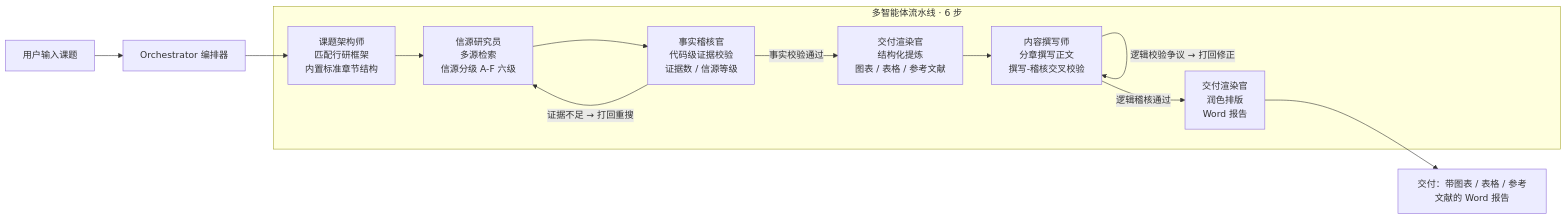
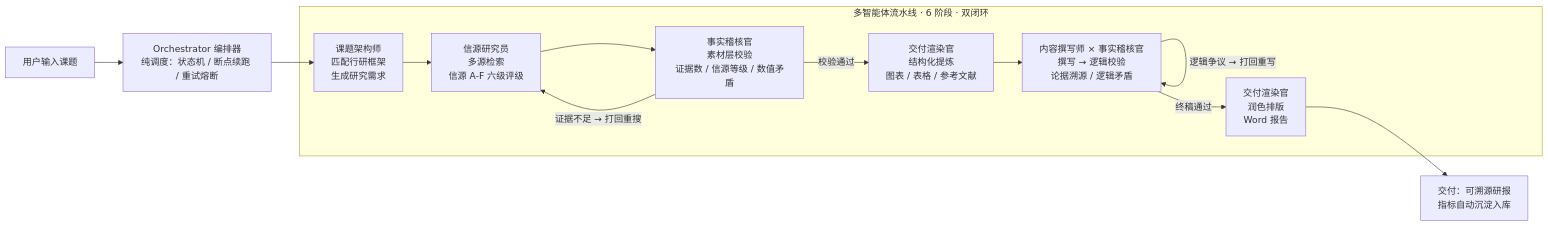
The diagram in README.md (yuyu-0808/eco-research-copilot), drawn with Mermaid before and after one commit. The commit also changed other lines of this file and 1 other file, not shown here.

Commit message:
docs: clarify orchestrator role and pipeline flow

````diff
--- a/README.md
+++ b/README.md
@@ -40,18 +40,18 @@
 ```mermaid
 flowchart LR
-    U[用户输入课题] --> O[Orchestrator 编排器]
-    subgraph Pipeline["多智能体流水线 · 6 步"]
-        A1[课题架构师<br/>匹配行研框架<br/>内置标准章节结构]
-        A2[信源研究员<br/>多源检索<br/>信源分级 A-F 六级]
-        A3[事实稽核官<br/>代码级证据校验<br/>证据数 / 信源等级]
+    U[用户输入课题] --> O[Orchestrator 编排器<br/>纯调度：状态机 / 断点续跑 / 重试熔断]
+    subgraph Pipeline["多智能体流水线 · 6 阶段 · 双闭环"]
+        A1[课题架构师<br/>匹配行研框架<br/>生成研究需求]
+        A2[信源研究员<br/>多源检索<br/>信源 A-F 六级评级]
+        A3[事实稽核官<br/>素材层校验<br/>证据数 / 信源等级 / 数值矛盾]
         A4[交付渲染官<br/>结构化提炼<br/>图表 / 表格 / 参考文献]
-        A5[内容撰写师<br/>分章撰写正文<br/>撰写-稽核交叉校验]
+        A5[内容撰写师 × 事实稽核官<br/>撰写 → 逻辑校验<br/>论据溯源 / 逻辑矛盾]
         A6[交付渲染官<br/>润色排版<br/>Word 报告]
     end
     O --> A1 --> A2 --> A3
     A3 -- "证据不足 → 打回重搜" --> A2
-    A3 -- "事实校验通过" --> A4 --> A5
-    A5 -- "逻辑校验争议 → 打回修正" --> A5
-    A5 -- "逻辑稽核通过" --> A6
-    A6 --> D[交付：带图表 / 表格 / 参考文献的 Word 报告]
+    A3 -- "校验通过" --> A4 --> A5
+    A5 -- "逻辑争议 → 打回重写" --> A5
+    A5 -- "终稿通过" --> A6
+    A6 --> D[交付：可溯源研报<br/>指标自动沉淀入库]
 ```
````
